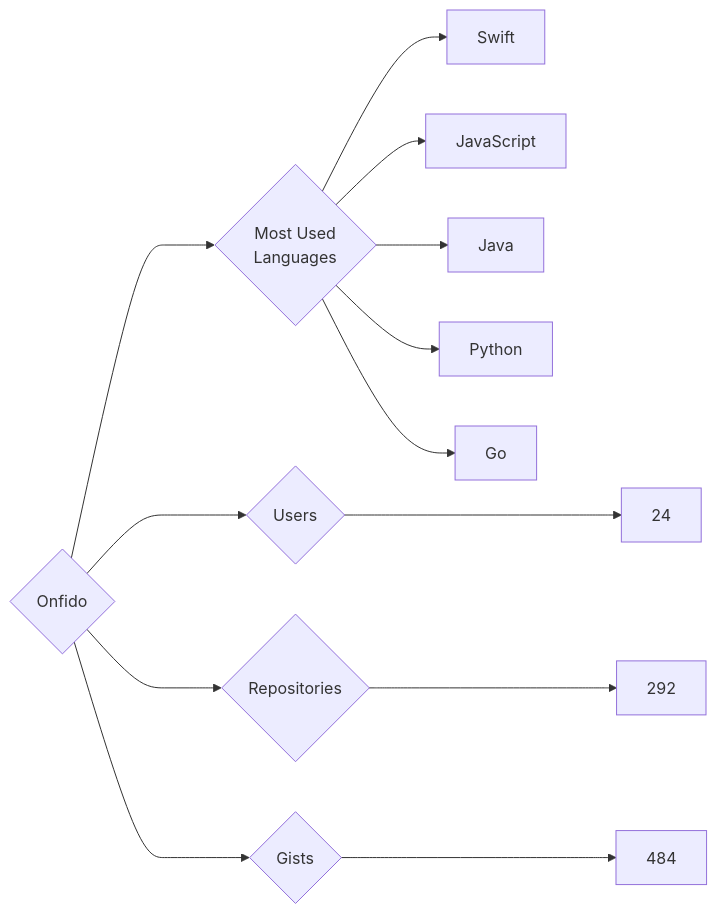
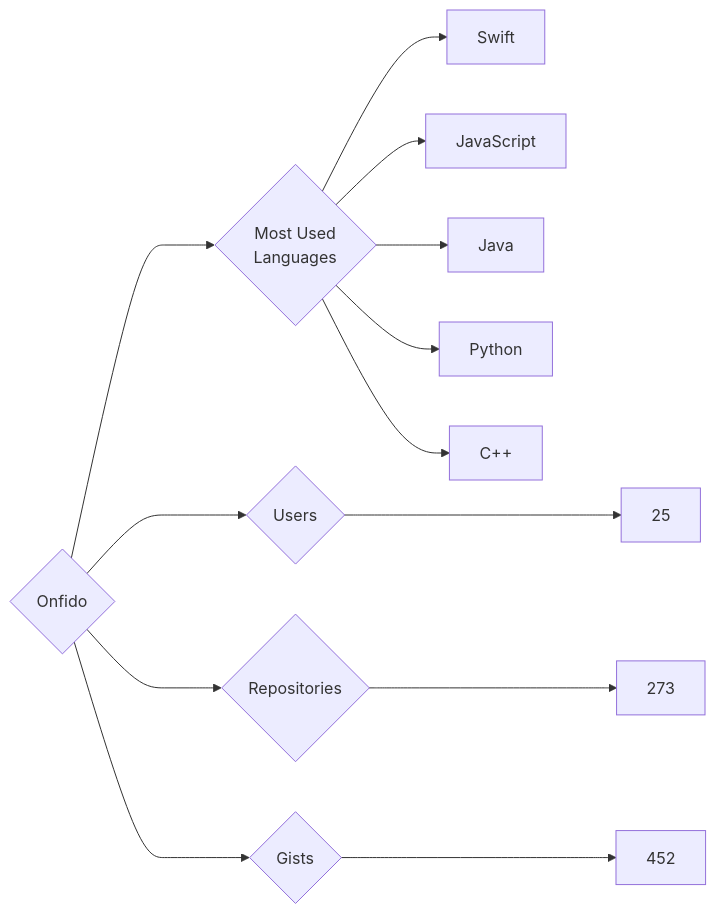
Before and after one commit to trickest/insiders: the diagram in targets/Onfido/README.md, drawn with Mermaid. The commit also changed 995 other files, not shown here.

````diff
--- a/targets/Onfido/README.md
+++ b/targets/Onfido/README.md
@@ -3,13 +3,13 @@
 ```mermaid
 graph LR
 COMPANY_NAME{Onfido}
-COMPANY_NAME ---> U{Users} ---> UN[24]
-COMPANY_NAME ---> R{Repositories} ---> RN[292]
-COMPANY_NAME ---> G{Gists} ---> GN[484]
+COMPANY_NAME ---> U{Users} ---> UN[25]
+COMPANY_NAME ---> R{Repositories} ---> RN[273]
+COMPANY_NAME ---> G{Gists} ---> GN[452]
 COMPANY_NAME ---> ML{Most Used<br>Languages}
 ML --> Swift[Swift]
 ML --> JavaScript[JavaScript]
 ML --> Java[Java]
 ML --> Python[Python]
-ML --> Go[Go]
+ML --> C++[C++]
 ```
````
